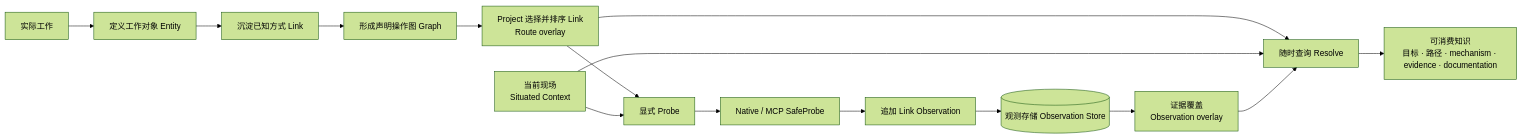
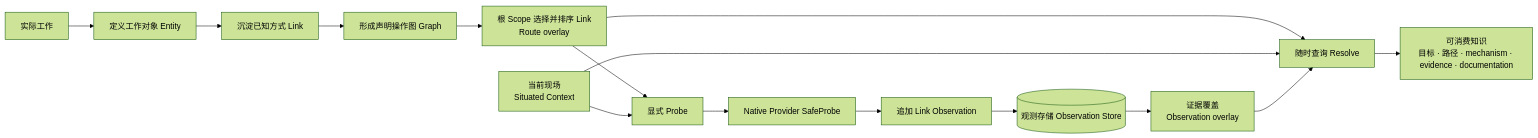
The first of 2 diagrams in documents/design/base-核心概念.md (SWdrift/locus-link), drawn with Mermaid (forest theme) before and after one commit. The commit also changed other lines of this file and 8 other files, not shown here.

````diff
--- a/documents/design/base-核心概念.md
+++ b/documents/design/base-核心概念.md
@@ -29,19 +29,19 @@
 ```mermaid
 flowchart LR
     WORK["实际工作"] --> ENTITY["定义工作对象 Entity"]
     ENTITY --> LINK["沉淀已知方式 Link"]
     LINK --> GRAPH["形成声明操作图 Graph"]
-    GRAPH --> ROUTE["Project 选择并排序 Link\nRoute overlay"]
+    GRAPH --> ROUTE["根 Scope 选择并排序 Link\nRoute overlay"]
 
     ROUTE --> RESOLVE["随时查询 Resolve"]
     CONTEXT["当前现场\nSituated Context"] --> RESOLVE
     EVIDENCE["证据覆盖\nObservation overlay"] --> RESOLVE
     RESOLVE --> KNOWLEDGE["可消费知识\n目标 · 路径 · mechanism · evidence · documentation"]
 
     ROUTE --> PROBE["显式 Probe"]
     CONTEXT --> PROBE
-    PROBE --> SAFE["Native / MCP SafeProbe"]
+    PROBE --> SAFE["Native Provider SafeProbe"]
     SAFE --> RECORD["追加 Link Observation"]
     RECORD --> STORE[("观测存储 Observation Store")]
     STORE --> EVIDENCE
 ```
````
